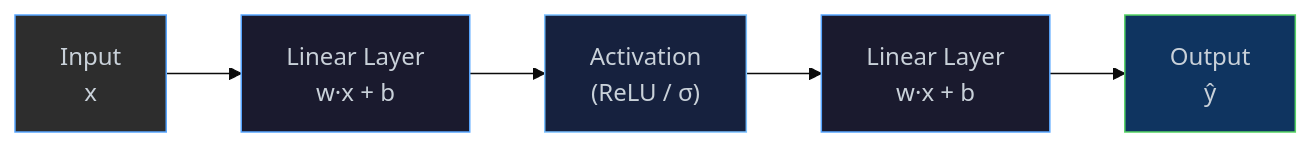
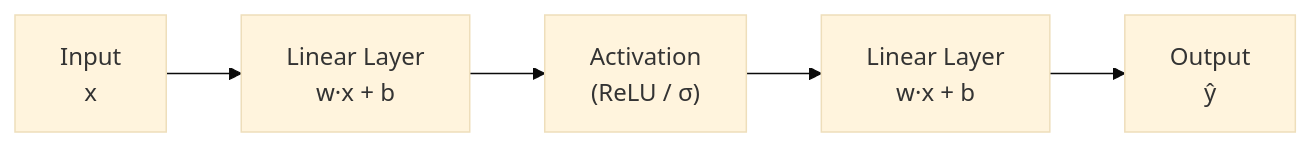
One commit to lewismj/eta changed the first of 5 diagrams in docs/guide/reference/torch.md. Above: the diagram before and after it, drawn with Mermaid (base theme). The commit also changed other lines of this file and 52 other files, not shown here.

````diff
--- a/docs/guide/reference/torch.md
+++ b/docs/guide/reference/torch.md
@@ -36,13 +36,7 @@
 ```mermaid
 flowchart LR
     X["Input\nx"] --> L1["Linear Layer\nw·x + b"]
     L1 --> A1["Activation\n(ReLU / σ)"]
     A1 --> L2["Linear Layer\nw·x + b"]
     L2 --> Y["Output\nŷ"]
-
-    style X  fill:#2d2d2d,stroke:#58a6ff,color:#c9d1d9
-    style L1 fill:#1a1a2e,stroke:#58a6ff,color:#c9d1d9
-    style A1 fill:#16213e,stroke:#79c0ff,color:#c9d1d9
-    style L2 fill:#1a1a2e,stroke:#58a6ff,color:#c9d1d9
-    style Y  fill:#0f3460,stroke:#56d364,color:#c9d1d9
 ```
````
